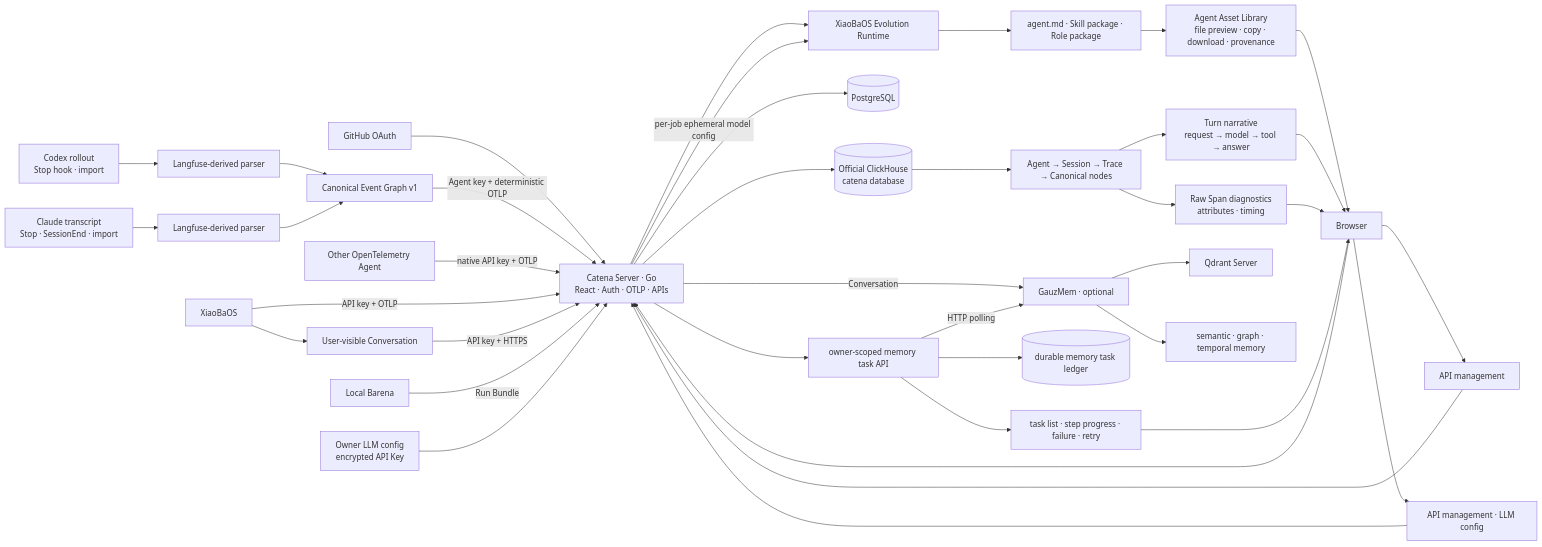
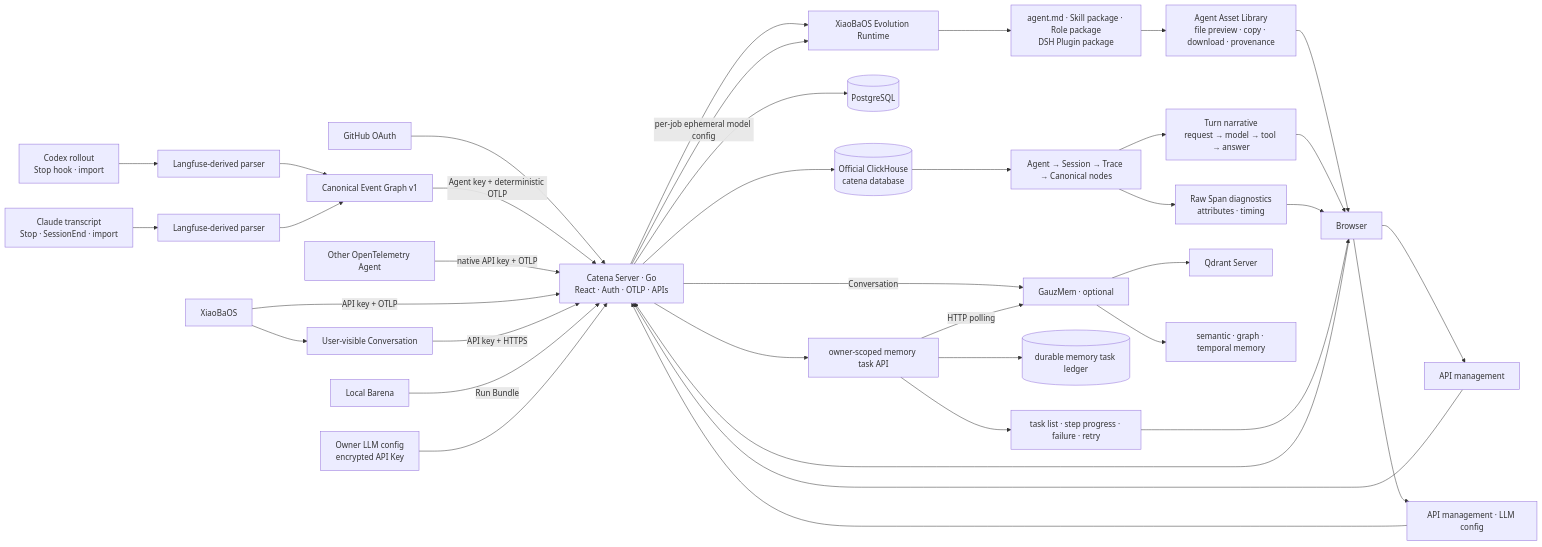
Before and after one commit to fightheyyy/CATENA: the first of 2 diagrams in SPEC.md, drawn with Mermaid. The commit also changed other lines of this file and 17 other files, not shown here.

````diff
--- a/SPEC.md
+++ b/SPEC.md
@@ -30,40 +30,40 @@
 ```mermaid
 flowchart LR
     GitHub["GitHub OAuth"] --> Go
     Browser["Browser"] --> Go["Catena Server · Go<br/>React · Auth · OTLP · APIs"]
     Codex["Codex rollout<br/>Stop hook · import"] --> CodexParser["Langfuse-derived parser"]
     Claude["Claude transcript<br/>Stop · SessionEnd · import"] --> ClaudeParser["Langfuse-derived parser"]
     CodexParser --> Graph["Canonical Event Graph v1"]
     ClaudeParser --> Graph
     Graph -->|"Agent key + deterministic OTLP"| Go
     Runtime["Other OpenTelemetry Agent"] -->|"native API key + OTLP"| Go
     XiaoBa["XiaoBaOS"] -->|"API key + OTLP"| Go
     XiaoBa --> Conversation["User-visible Conversation"]
     Conversation -->|"API key + HTTPS"| Go
     Barena["Local Barena"] -->|"Run Bundle"| Go
     Go --> Runner["XiaoBaOS Evolution Runtime"]
     OwnerModel["Owner LLM config<br/>encrypted API Key"] --> Go
     Go -->|"per-job ephemeral model config"| Runner
-    Runner --> Asset["agent.md · Skill package · Role package"]
+    Runner --> Asset["agent.md · Skill package · Role package<br/>DSH Plugin package"]
     Asset --> Library["Agent Asset Library<br/>file preview · copy · download · provenance"]
     Library --> Browser
     Go --> PG[("PostgreSQL")]
     Go --> CH[("Official ClickHouse<br/>catena database")]
     CH --> Hierarchy["Agent → Session → Trace → Canonical nodes"]
     Hierarchy --> Narrative["Turn narrative<br/>request → model → tool → answer"]
     Hierarchy --> Diagnostics["Raw Span diagnostics<br/>attributes · timing"]
     Narrative --> Browser
     Diagnostics --> Browser
     Go -->|"Conversation"| Memory["GauzMem · optional"]
     Go --> TaskAPI["owner-scoped memory task API"]
     TaskAPI --> TaskLedger[("durable memory task ledger")]
     TaskAPI -->|"HTTP polling"| Memory
     Memory --> Vector["Qdrant Server"]
     TaskAPI --> Progress["task list · step progress · failure · retry"]
     Progress --> Browser
     Memory --> Recall["semantic · graph · temporal memory"]
     Browser --> Keys["API management"]
     Browser --> ModelSettings["API management · LLM config"]
     ModelSettings --> Go
     Keys --> Go
 ```
````
